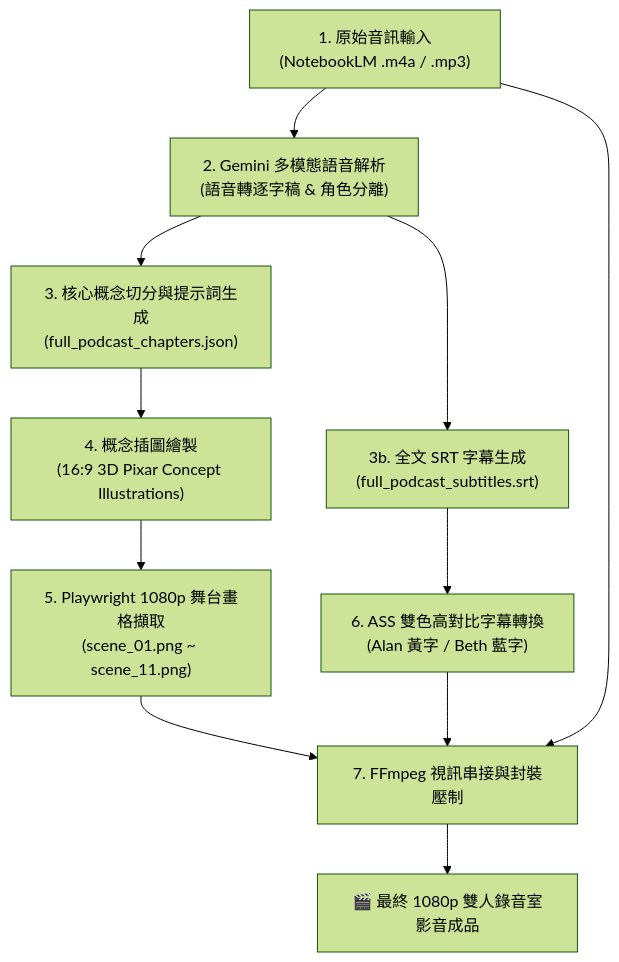
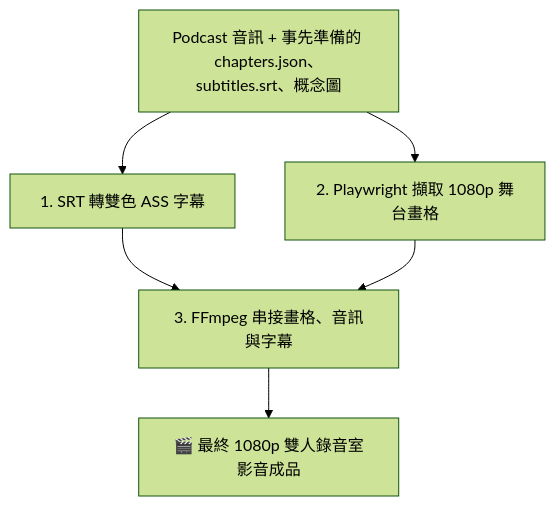
One commit to erniesu8090-beep/PPT-TO-MOIVE-WITH-DIA changed the diagram in docs/雙人Podcast虛擬錄音室影片製作指南.md. Above: the diagram before and after it, drawn with Mermaid (forest theme). The commit also changed other lines of this file and 1 other file, not shown here.

````diff
--- a/docs/雙人Podcast虛擬錄音室影片製作指南.md
+++ b/docs/雙人Podcast虛擬錄音室影片製作指南.md
@@ -45,13 +45,8 @@
 ```mermaid
 flowchart TD
-    A["1. 原始音訊輸入<br>(NotebookLM .m4a / .mp3)"] --> B["2. Gemini 多模態語音解析<br>(語音轉逐字稿 & 角色分離)"]
-    B --> C["3. 核心概念切分與提示詞生成<br>(full_podcast_chapters.json)"]
-    B --> D["3b. 全文 SRT 字幕生成<br>(full_podcast_subtitles.srt)"]
-    C --> E["4. 概念插圖繪製<br>(16:9 3D Pixar Concept Illustrations)"]
-    E --> F["5. Playwright 1080p 舞台畫格擷取<br>(scene_01.png ~ scene_11.png)"]
-    D --> G["6. ASS 雙色高對比字幕轉換<br>(Alan 黃字 / Beth 藍字)"]
-    F --> H["7. FFmpeg 視訊串接與封裝壓制"]
-    G --> H
-    A --> H
-    H --> I["🎬 最終 1080p 雙人錄音室影音成品"]
+    A["Podcast 音訊 + 事先準備的 chapters.json、subtitles.srt、概念圖"] --> B["1. SRT 轉雙色 ASS 字幕"]
+    A --> C["2. Playwright 擷取 1080p 舞台畫格"]
+    B --> D["3. FFmpeg 串接畫格、音訊與字幕"]
+    C --> D
+    D --> E["🎬 最終 1080p 雙人錄音室影音成品"]
 ```
````
